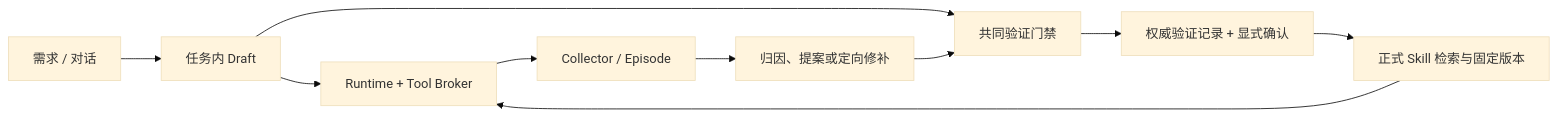
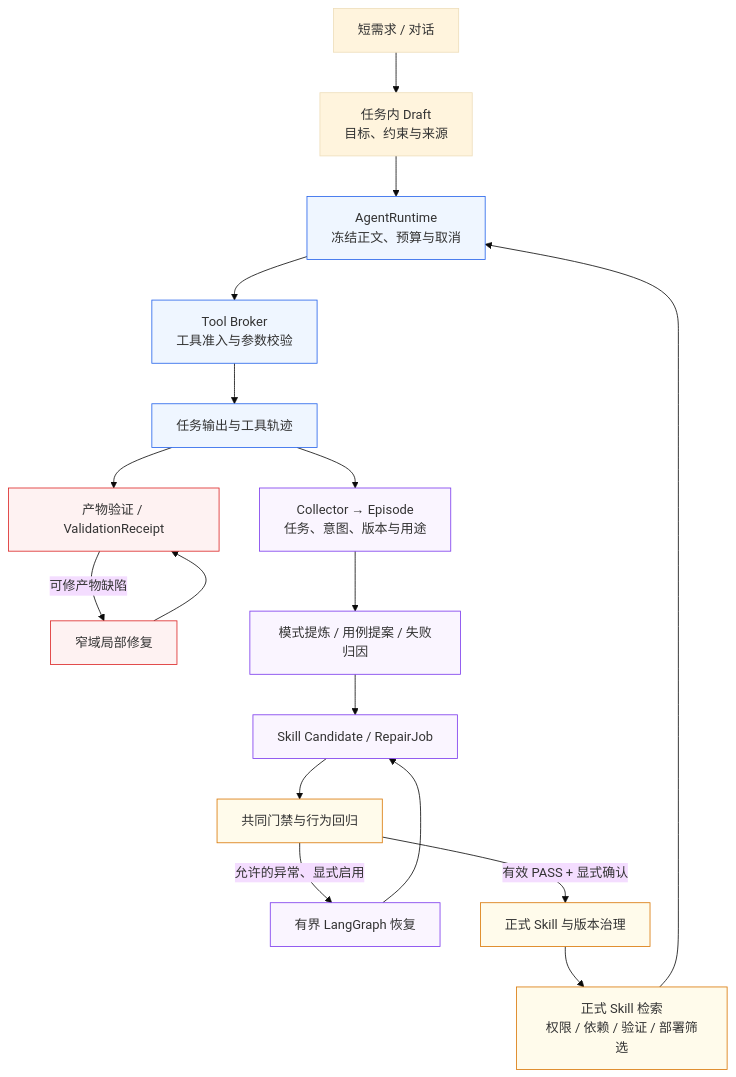
The diagram in README.md (SuperGODOG/skillforge), drawn with Mermaid (base theme) before and after one commit. The commit also changed other lines of this file, not shown here.

Commit message:
docs: restore showcase README focused on skill lifecycle and design rationale

````diff
--- a/README.md
+++ b/README.md
@@ -31,12 +81,30 @@
 ```mermaid
-flowchart LR
-    R["需求 / 对话"] --> D["任务内 Draft"]
-    D --> T["Runtime + Tool Broker"]
-    S["正式 Skill 检索与固定版本"] --> T
-    T --> E["Collector / Episode"]
-    E --> C["归因、提案或定向修补"]
-    D --> V["共同验证门禁"]
-    C --> V
-    V --> P["权威验证记录 + 显式确认"]
-    P --> S
+flowchart TB
+    Q["短需求 / 对话"] --> D["任务内 Draft<br/>目标、约束与来源"]
+    F["正式 Skill 检索<br/>权限 / 依赖 / 验证 / 部署筛选"] --> R
+    D --> R["AgentRuntime<br/>冻结正文、预算与取消"]
+    R --> B["Tool Broker<br/>工具准入与参数校验"]
+    B --> A["任务输出与工具轨迹"]
+
+    A --> V["产物验证 / ValidationReceipt"]
+    V -->|可修产物缺陷| N["窄域局部修复"]
+    N --> V
+
+    A --> E["Collector → Episode<br/>任务、意图、版本与用途"]
+    E --> M["模式提炼 / 用例提案 / 失败归因"]
+    M --> C["Skill Candidate / RepairJob"]
+    C --> G["共同门禁与行为回归"]
+    G -->|允许的异常、显式启用| L["有界 LangGraph 恢复"]
+    L --> C
+    G -->|有效 PASS + 显式确认| P["正式 Skill 与版本治理"]
+    P --> F
+
+    classDef run fill:#eff6ff,stroke:#2563eb;
+    classDef repair fill:#fef2f2,stroke:#dc2626;
+    classDef learn fill:#faf5ff,stroke:#7c3aed;
+    classDef gate fill:#fffbeb,stroke:#d97706;
+    class R,B,A run;
+    class V,N repair;
+    class E,M,C,L learn;
+    class G,P,F gate;
 ```
````
